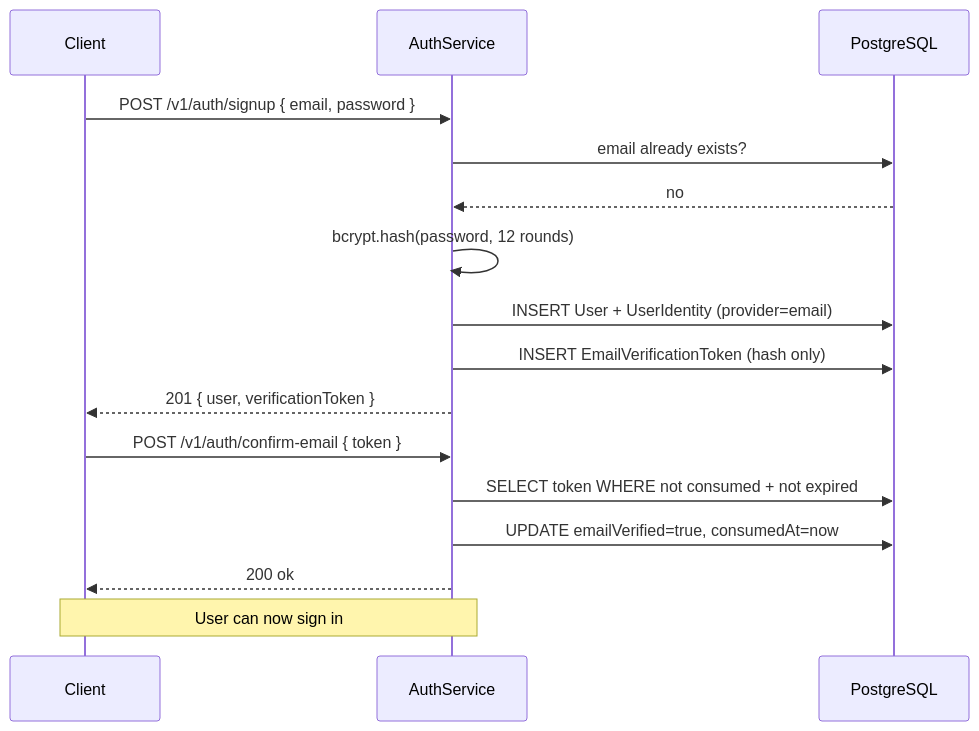
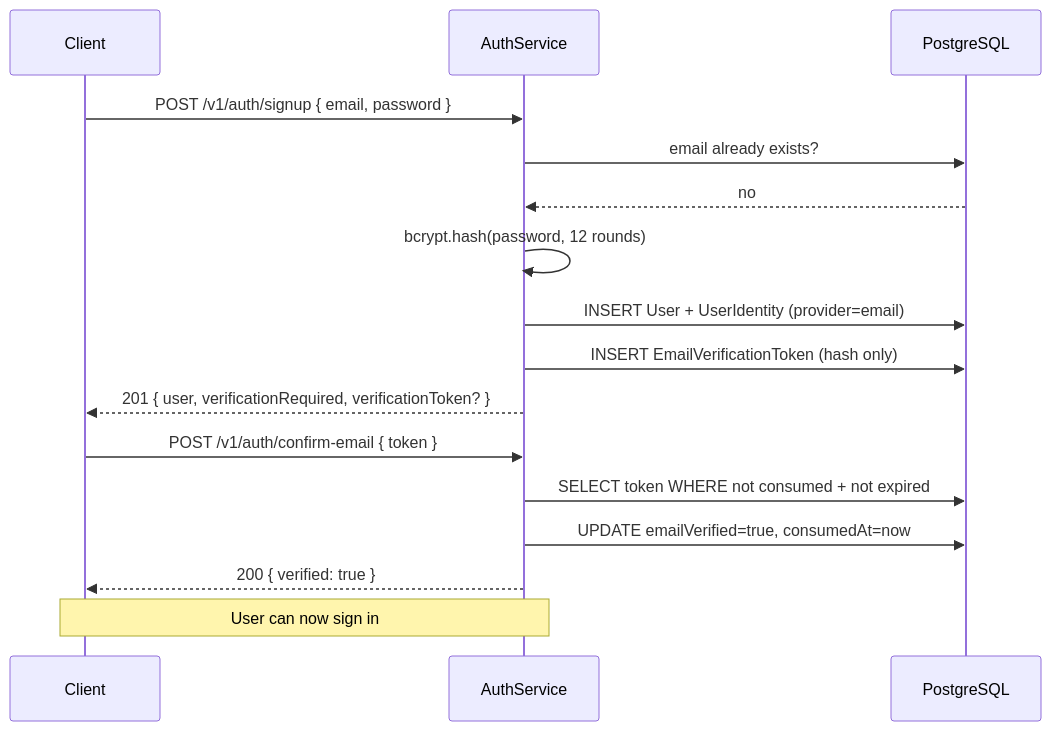
Before and after one commit to iamPedram1/subflix: the first of 12 diagrams in apps/backend/docs/visual/VISUAL_RUNTIME_FLOWS.md, drawn with Mermaid. The commit also changed other lines of this file and 37 other files, not shown here.

````diff
--- a/apps/backend/docs/visual/VISUAL_RUNTIME_FLOWS.md
+++ b/apps/backend/docs/visual/VISUAL_RUNTIME_FLOWS.md
@@ -14,21 +14,21 @@
 ```mermaid
 sequenceDiagram
     participant C as Client
     participant S as AuthService
     participant DB as PostgreSQL
 
     C->>S: POST /v1/auth/signup { email, password }
     S->>DB: email already exists?
     DB-->>S: no
     S->>S: bcrypt.hash(password, 12 rounds)
     S->>DB: INSERT User + UserIdentity (provider=email)
     S->>DB: INSERT EmailVerificationToken (hash only)
-    S-->>C: 201 { user, verificationToken }
+    S-->>C: 201 { user, verificationRequired, verificationToken? }
 
     C->>S: POST /v1/auth/confirm-email { token }
     S->>DB: SELECT token WHERE not consumed + not expired
     S->>DB: UPDATE emailVerified=true, consumedAt=now
-    S-->>C: 200 ok
+    S-->>C: 200 { verified: true }
 
     Note over C,S: User can now sign in
 ```
````
